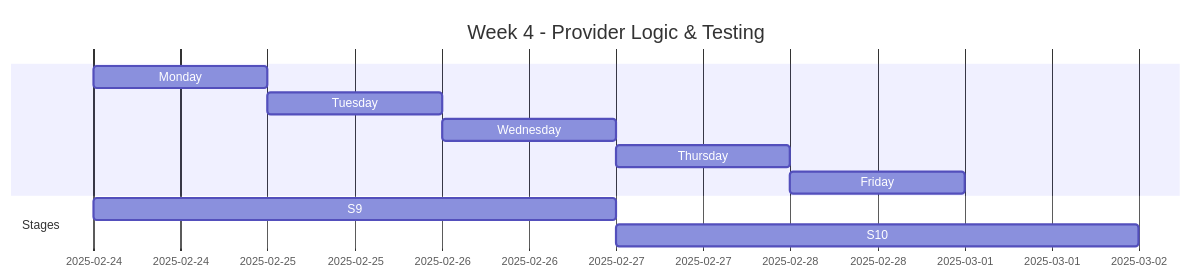
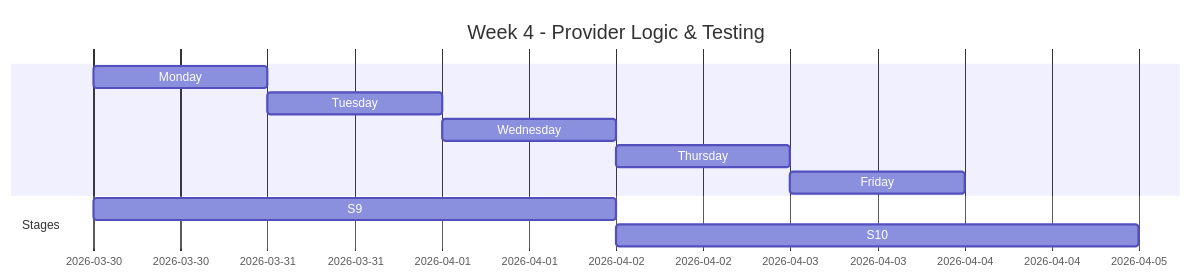
One commit to johnmarkovalo/BetWise changed the fifth of 7 diagrams in docs/Android/Kotlin Android MVP Development Timeline.md. Above: the diagram before and after it, drawn with Mermaid. The commit also changed other lines of this file and 8 other files, not shown here.

````diff
--- a/docs/Android/Kotlin Android MVP Development Timeline.md
+++ b/docs/Android/Kotlin Android MVP Development Timeline.md
@@ -139,15 +139,15 @@
 ```mermaid
 gantt
     title Week 4 - Provider Logic & Testing
     dateFormat  YYYY-MM-DD
-    
-    Monday    :mon4, 2025-02-24, 1d
-    Tuesday   :tue4, 2025-02-25, 1d
-    Wednesday :wed4, 2025-02-26, 1d
-    Thursday  :thu4, 2025-02-27, 1d
-    Friday    :fri4, 2025-02-28, 1d
-    
+
+    Monday    :mon4, 2026-03-30, 1d
+    Tuesday   :tue4, 2026-03-31, 1d
+    Wednesday :wed4, 2026-04-01, 1d
+    Thursday  :thu4, 2026-04-02, 1d
+    Friday    :fri4, 2026-04-03, 1d
+
     section Stages
-    S9: Provider Adapter Pattern (8h):s9, 2025-02-24, 3d
-    S10: Testing & Polish (8h)        :s10, 2025-02-27, 3d
+    S9: Provider Adapter Pattern (8h):s9, 2026-03-30, 3d
+    S10: Testing & Polish (8h)        :s10, 2026-04-02, 3d
 ```
````
